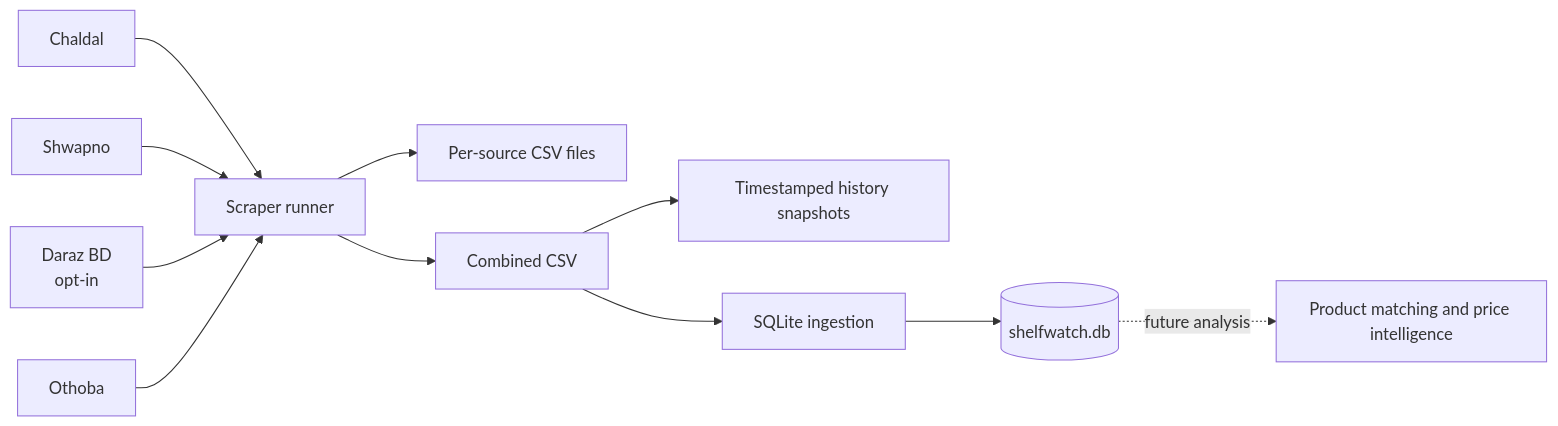
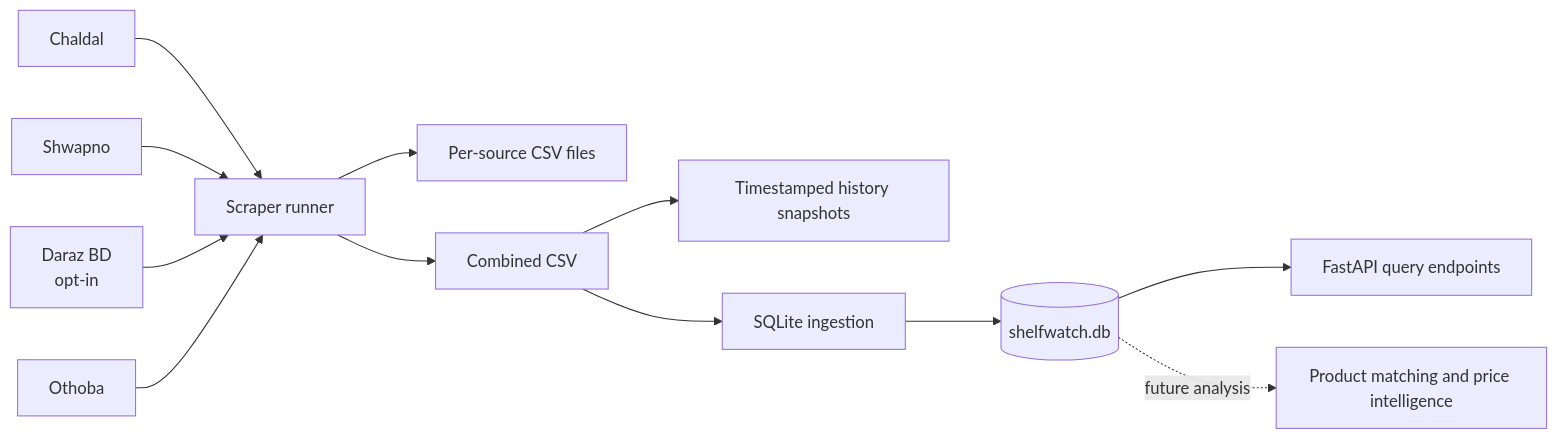
One commit to mutassimalzeem/ShelfWatch changed the diagram in README.md. Above: the diagram before and after it, drawn with Mermaid. The commit also changed other lines of this file and 6 other files, not shown here.

````diff
--- a/README.md
+++ b/README.md
@@ -59,13 +60,14 @@
 ```mermaid
 flowchart LR
     A[Chaldal] --> S[Scraper runner]
     B[Shwapno] --> S
     C[Daraz BD<br/>opt-in] --> S
     D[Othoba] --> S
     S --> L[Per-source CSV files]
     S --> CMB[Combined CSV]
     CMB --> H[Timestamped history snapshots]
     CMB --> I[SQLite ingestion]
     I --> DB[(shelfwatch.db)]
+    DB --> API[FastAPI query endpoints]
     DB -. future analysis .-> F[Product matching and price intelligence]
 ```
````
